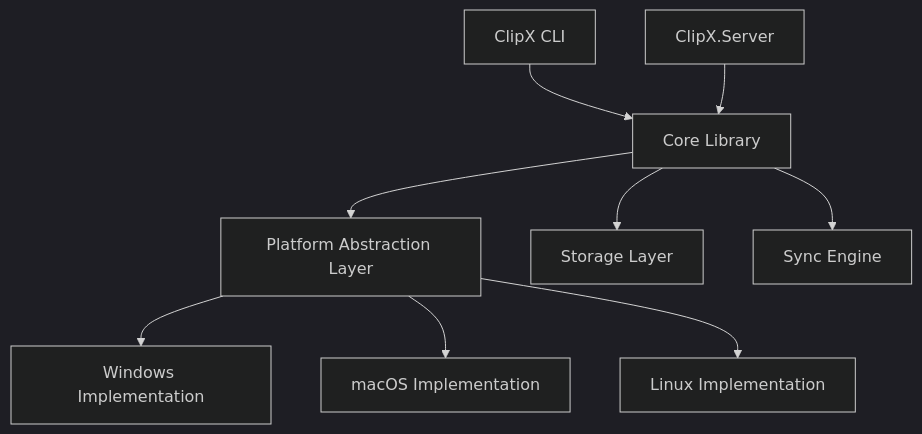
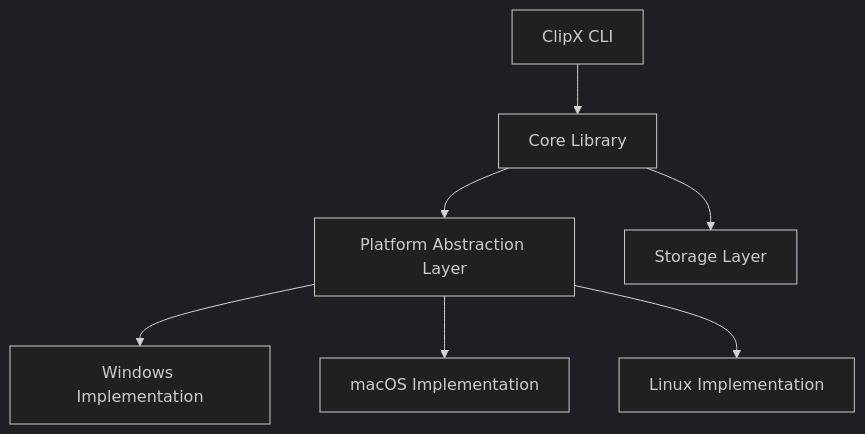
Before and after one commit to rajware/clipx: the first of 2 diagrams in DESIGN.md, drawn with Mermaid (dark theme). The commit also changed other lines of this file and 2 other files, not shown here.

Commit message:
Removed ClipX.Server plans for now

````diff
--- a/DESIGN.md
+++ b/DESIGN.md
@@ -75,11 +75,9 @@
 ```mermaid
 graph TD
     CLI[ClipX CLI] --> Core[Core Library]
-    Server[ClipX.Server] --> Core
     Core --> Platform[Platform Abstraction Layer]
     Platform --> WinImpl[Windows Implementation]
     Platform --> MacImpl[macOS Implementation]
     Platform --> LinuxImpl[Linux Implementation]
     Core --> Storage[Storage Layer]
-    Core --> Sync[Sync Engine]
 ```
````
